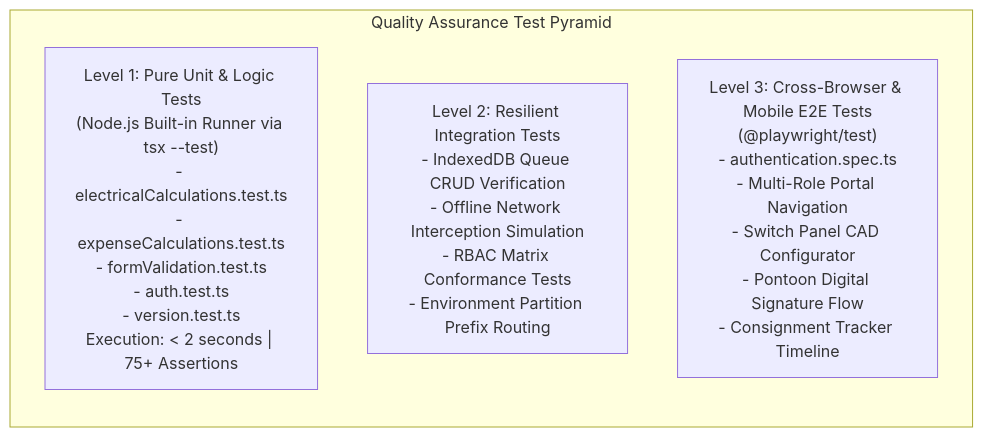
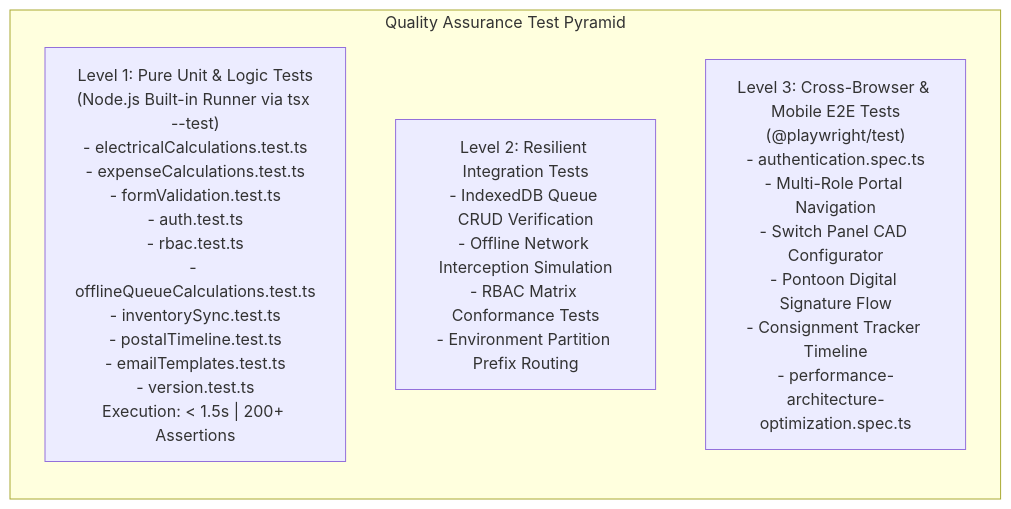
Before and after one commit to AnthonyWrather/ajwmes: the sixth of 7 diagrams in DESIGN.md, drawn with Mermaid. The commit also changed other lines of this file and 22 other files, not shown here.

````diff
--- a/DESIGN.md
+++ b/DESIGN.md
@@ -519,11 +519,11 @@
 ```mermaid
 graph BT
     subgraph TestPyramid["Quality Assurance Test Pyramid"]
         direction BT
-        Unit["Level 1: Pure Unit & Logic Tests\n(Node.js Built-in Runner via tsx --test)\n- electricalCalculations.test.ts\n- expenseCalculations.test.ts\n- formValidation.test.ts\n- auth.test.ts\n- version.test.ts\nExecution: < 2 seconds | 75+ Assertions"]
+        Unit["Level 1: Pure Unit & Logic Tests\n(Node.js Built-in Runner via tsx --test)\n- electricalCalculations.test.ts\n- expenseCalculations.test.ts\n- formValidation.test.ts\n- auth.test.ts\n- rbac.test.ts\n- offlineQueueCalculations.test.ts\n- inventorySync.test.ts\n- postalTimeline.test.ts\n- emailTemplates.test.ts\n- version.test.ts\nExecution: < 1.5s | 200+ Assertions"]
         
         Integration["Level 2: Resilient Integration Tests\n- IndexedDB Queue CRUD Verification\n- Offline Network Interception Simulation\n- RBAC Matrix Conformance Tests\n- Environment Partition Prefix Routing"]
         
-        E2E["Level 3: Cross-Browser & Mobile E2E Tests\n(@playwright/test)\n- authentication.spec.ts\n- Multi-Role Portal Navigation\n- Switch Panel CAD Configurator\n- Pontoon Digital Signature Flow\n- Consignment Tracker Timeline"]
+        E2E["Level 3: Cross-Browser & Mobile E2E Tests\n(@playwright/test)\n- authentication.spec.ts\n- Multi-Role Portal Navigation\n- Switch Panel CAD Configurator\n- Pontoon Digital Signature Flow\n- Consignment Tracker Timeline\n- performance-architecture-optimization.spec.ts"]
     end
 ```
````
